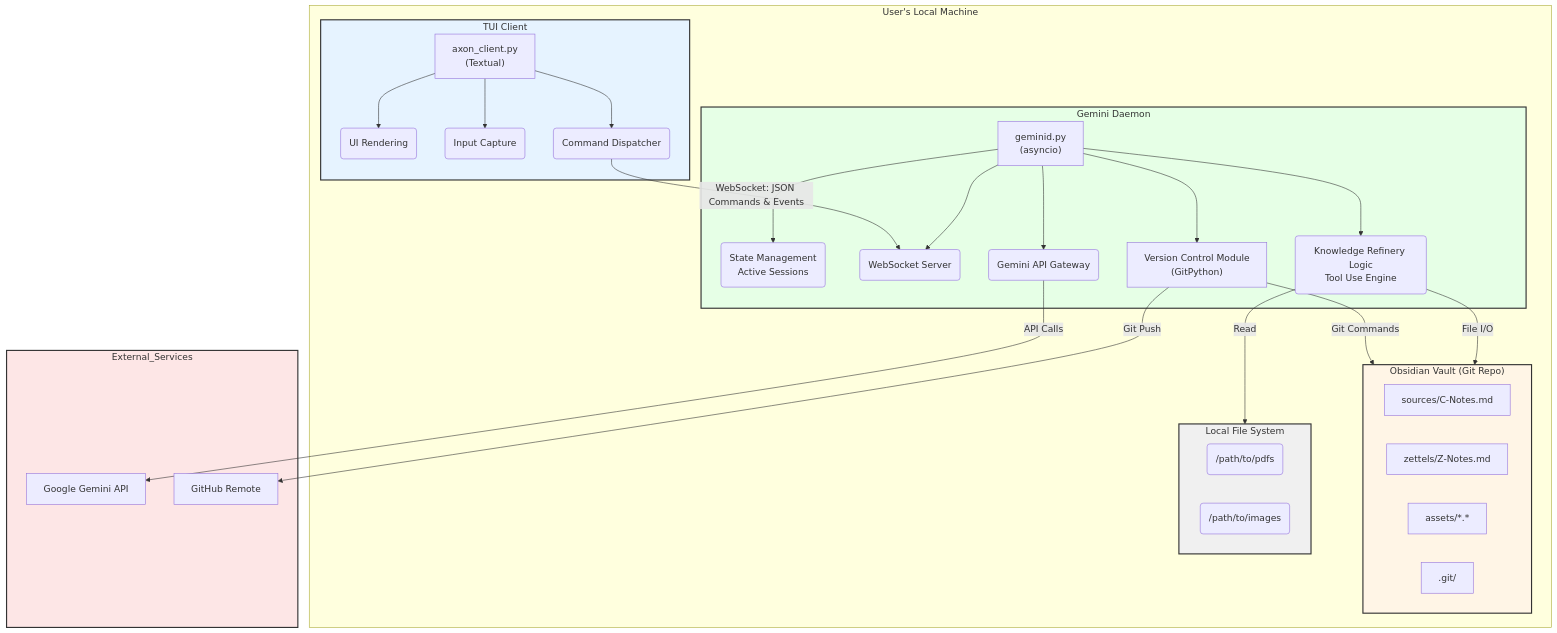
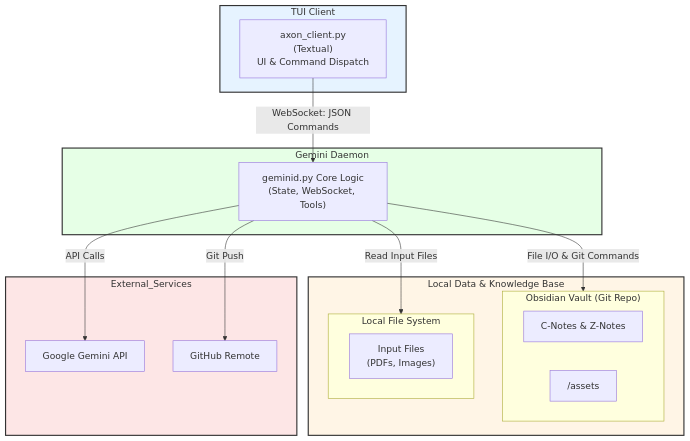
Before and after one commit to anshulsawant/Axon: the diagram in README.md, drawn with Mermaid. The commit also changed other lines of this file, not shown here.

````diff
--- a/README.md
+++ b/README.md
@@ -13,72 +13,46 @@
 ```mermaid
 graph TD
-    subgraph User's Local Machine
+    %% --- Main Application Flow (Central Spine) ---
+    
+    subgraph TUI_Client [TUI Client]
+        style TUI_Client fill:#e6f3ff,stroke:#333,stroke-width:2px
+        Client_App["axon_client.py<br/>(Textual)<br/>UI & Command Dispatch"]
+    end
 
-        %% --- The TUI Client ---
-        subgraph TUI_Client [TUI Client]
-            style TUI_Client fill:#e6f3ff,stroke:#333,stroke-width:2px
-            Client_App["axon_client.py<br/>(Textual)"]
-            Client_UI(UI Rendering)
-            Client_Input(Input Capture)
-            Client_Dispatch(Command Dispatcher)
+    subgraph Gemini_Daemon [Gemini Daemon]
+        style Gemini_Daemon fill:#e6ffe6,stroke:#333,stroke-width:2px
+        Daemon_Core["geminid.py Core Logic<br/>(State, WebSocket, Tools)"]
+    end
 
-            Client_App --> Client_UI
-            Client_App --> Client_Input
-            Client_App --> Client_Dispatch
+    subgraph Data_Stores [Local Data & Knowledge Base]
+        style Data_Stores fill:#fff5e6,stroke:#333,stroke-width:2px
+        
+        subgraph Obsidian_Vault["Obsidian Vault (Git Repo)"]
+            Vault_Notes["C-Notes & Z-Notes"]
+            Vault_Assets["/assets"]
         end
 
-        %% --- The Gemini Daemon ---
-        subgraph Gemini_Daemon [Gemini Daemon]
-            style Gemini_Daemon fill:#e6ffe6,stroke:#333,stroke-width:2px
-            Daemon_App["geminid.py<br/>(asyncio)"]
-            Daemon_State("State Management<br/>Active Sessions")
-            Daemon_WS(WebSocket Server)
-            Daemon_API(Gemini API Gateway)
-            Daemon_Logic("Knowledge Refinery Logic<br/>Tool Use Engine")
-            Daemon_VC["Version Control Module<br/>(GitPython)"]
-
-            Daemon_App --> Daemon_State
-            Daemon_App --> Daemon_WS
-            Daemon_App --> Daemon_API
-            Daemon_App --> Daemon_Logic
-            Daemon_App --> Daemon_VC
+        subgraph Local_FS["Local File System"]
+            FS_Files["Input Files<br/>(PDFs, Images)"]
         end
-
-        %% --- Local Data Stores & File System ---
-        subgraph Obsidian_Vault ["Obsidian Vault (Git Repo)"]
-            style Obsidian_Vault fill:#fff5e6,stroke:#333,stroke-width:2px
-            Vault_C[sources/C-Notes.md]
-            Vault_Z[zettels/Z-Notes.md]
-            Vault_A[assets/*.*]
-            Vault_Git[.git/]
-        end
-
-        subgraph Local_FS [Local File System]
-            style Local_FS fill:#f0f0f0,stroke:#333,stroke-width:2px
-            FS_PDFs(/path/to/pdfs)
-            FS_Images(/path/to/images)
-        end
-    
     end
 
-    %% --- External Services ---
+    %% --- External Services (Side Channel) ---
     subgraph External_Services
         style External_Services fill:#fde6e6,stroke:#333,stroke-width:2px
-        API_Gemini[Google Gemini API]
-        Repo_GitHub[GitHub Remote]
+        API_Gemini["Google Gemini API"]
+        Repo_GitHub["GitHub Remote"]
     end
+
 
     %% --- Connections ---
 
-    %% Client <--> Daemon
-    Client_Dispatch -- "WebSocket: JSON Commands & Events" --> Daemon_WS
-
-    %% Daemon --> External Services
-    Daemon_API -- "API Calls" --> API_Gemini
-    Daemon_VC -- "Git Push" --> Repo_GitHub
-
-    %% Daemon --> Local Data
-    Daemon_Logic -- "File I/O" --> Obsidian_Vault
-    Daemon_VC -- "Git Commands" --> Obsidian_Vault
-    Daemon_Logic -- "Read" --> Local_FS
+    %% Central Spine Connections
+    Client_App -- "WebSocket: JSON Commands" --> Daemon_Core
+    Daemon_Core -- "File I/O & Git Commands" --> Obsidian_Vault
+    Daemon_Core -- "Read Input Files" --> Local_FS
+    
+    %% Daemon to External Services (Side Connections)
+    Daemon_Core -- "API Calls" --> API_Gemini
+    Daemon_Core -- "Git Push" --> Repo_GitHub
 ```
````
